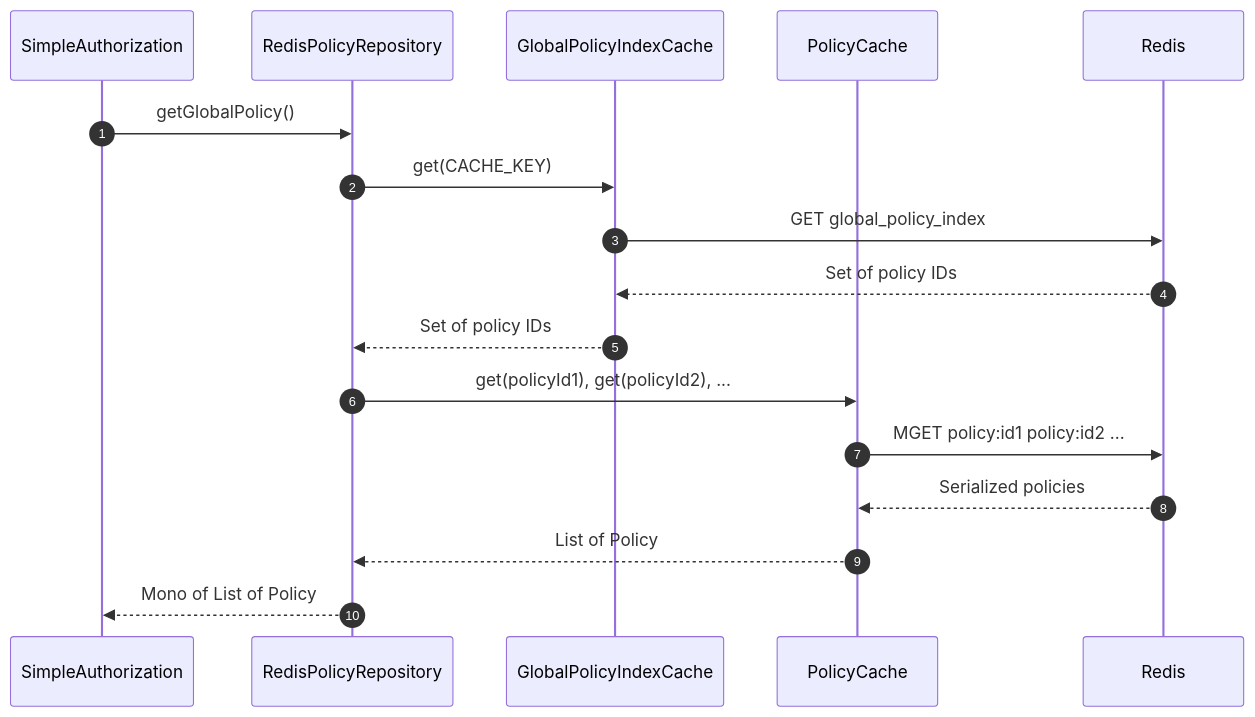
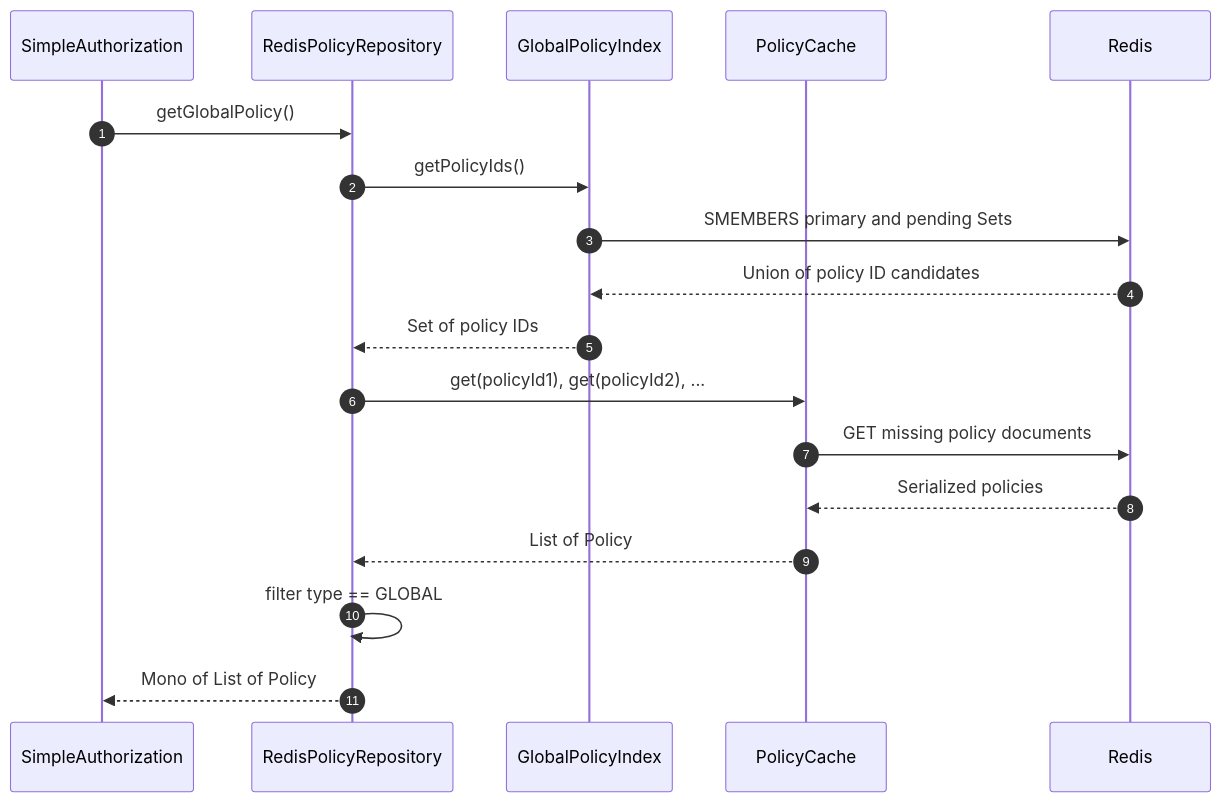
The second of 4 diagrams in wiki/deep-dive/integrations/redis-caching.md (Ahoo-Wang/CoSec), drawn with Mermaid before and after one commit. The commit also changed other lines of this file and 43 other files, not shown here.

````diff
--- a/wiki/deep-dive/integrations/redis-caching.md
+++ b/wiki/deep-dive/integrations/redis-caching.md
@@ -53,23 +55,24 @@
 ```mermaid
 sequenceDiagram
     autonumber
     participant Auth as SimpleAuthorization
     participant Repo as RedisPolicyRepository
-    participant IndexCache as GlobalPolicyIndexCache
+    participant Index as GlobalPolicyIndex
     participant PolicyCache as PolicyCache
     participant Redis
 
     Auth->>Repo: getGlobalPolicy()
-    Repo->>IndexCache: get(CACHE_KEY)
-    IndexCache->>Redis: GET global_policy_index
-    Redis-->>IndexCache: Set of policy IDs
-    IndexCache-->>Repo: Set of policy IDs
+    Repo->>Index: getPolicyIds()
+    Index->>Redis: SMEMBERS primary and pending Sets
+    Redis-->>Index: Union of policy ID candidates
+    Index-->>Repo: Set of policy IDs
     Repo->>PolicyCache: get(policyId1), get(policyId2), ...
-    PolicyCache->>Redis: MGET policy:id1 policy:id2 ...
+    PolicyCache->>Redis: GET missing policy documents
     Redis-->>PolicyCache: Serialized policies
     PolicyCache-->>Repo: List of Policy
+    Repo->>Repo: filter type == GLOBAL
     Repo-->>Auth: Mono of List of Policy
 
 
 
 ```
````
